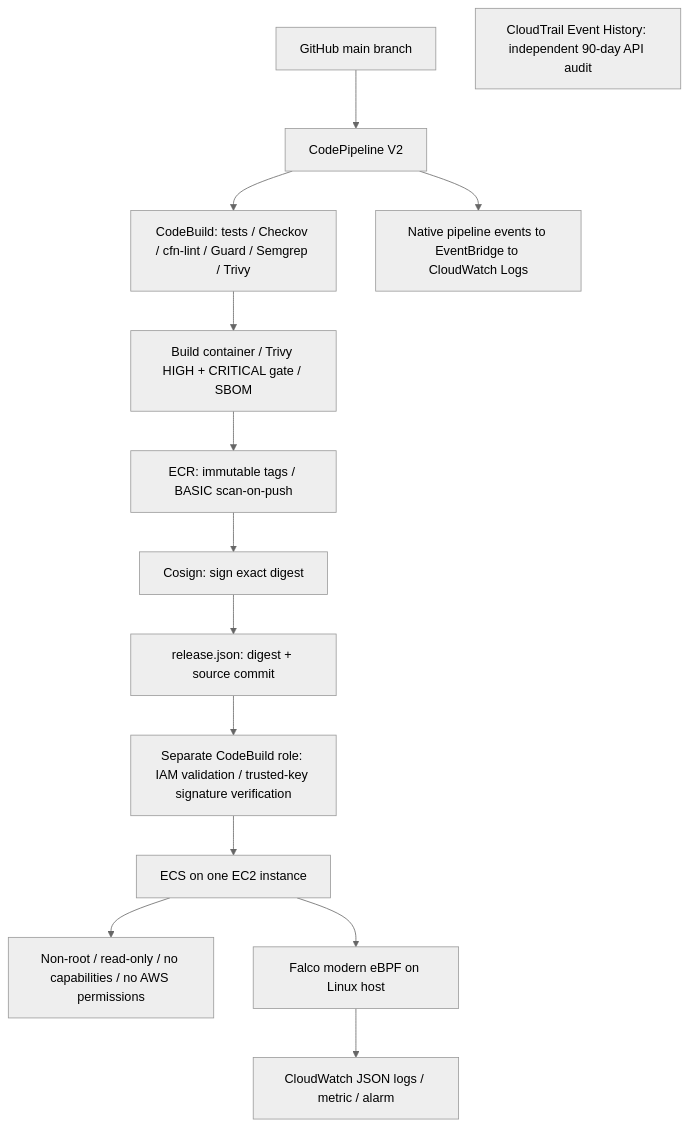
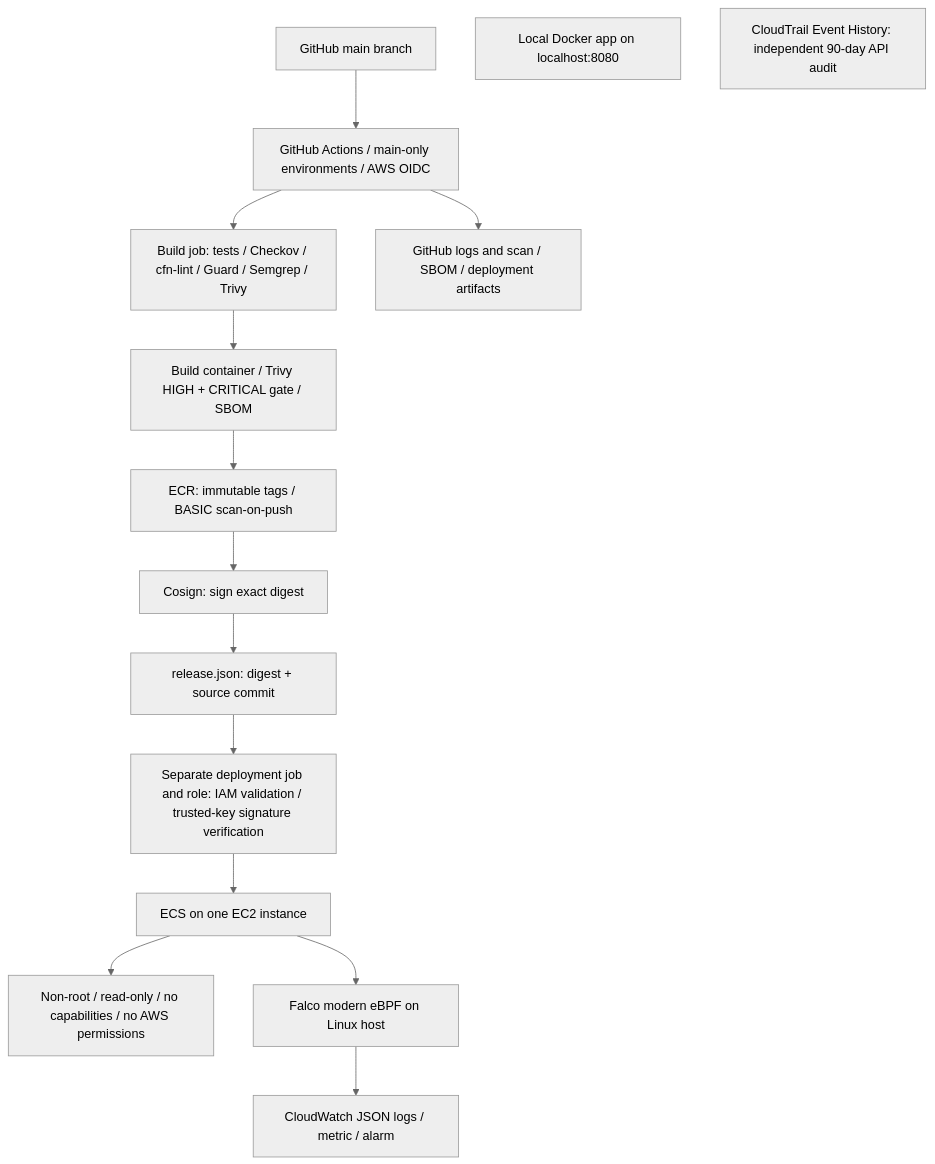
The diagram in README.md (MAvinash24/aws), drawn with Mermaid (neutral theme) before and after one commit. The commit also changed other lines of this file and 19 other files, not shown here.

Commit message:
Move signed AWS deployment to GitHub Actions with scoped OIDC roles

````diff
--- a/README.md
+++ b/README.md
@@ -9,16 +9,17 @@
 ```mermaid
 flowchart TD
-  GitHub[GitHub main branch] --> Pipeline[CodePipeline V2]
-  Pipeline --> Build[CodeBuild: tests / Checkov / cfn-lint / Guard / Semgrep / Trivy]
+  GitHub[GitHub main branch] --> Pipeline[GitHub Actions / main-only environments / AWS OIDC]
+  Pipeline --> Build[Build job: tests / Checkov / cfn-lint / Guard / Semgrep / Trivy]
   Build --> Image[Build container / Trivy HIGH + CRITICAL gate / SBOM]
   Image --> ECR[ECR: immutable tags / BASIC scan-on-push]
   ECR --> Sign[Cosign: sign exact digest]
   Sign --> Release[release.json: digest + source commit]
-  Release --> Verify[Separate CodeBuild role: IAM validation / trusted-key signature verification]
+  Release --> Verify[Separate deployment job and role: IAM validation / trusted-key signature verification]
   Verify --> ECS[ECS on one EC2 instance]
   ECS --> App[Non-root / read-only / no capabilities / no AWS permissions]
   ECS --> Falco[Falco modern eBPF on Linux host]
   Falco --> Logs[CloudWatch JSON logs / metric / alarm]
-  Pipeline --> Events[Native pipeline events to EventBridge to CloudWatch Logs]
+  Pipeline --> Evidence[GitHub logs and scan / SBOM / deployment artifacts]
+  Local[Local Docker app on localhost:8080]
   Audit[CloudTrail Event History: independent 90-day API audit]
 ```
````
